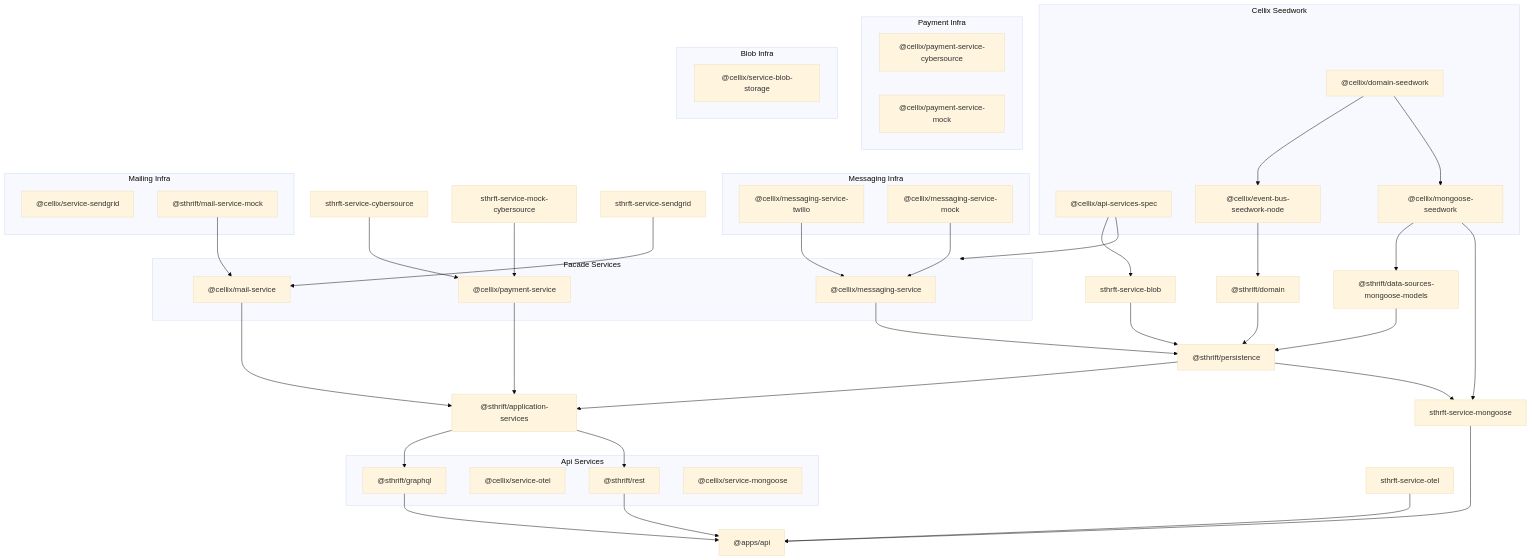
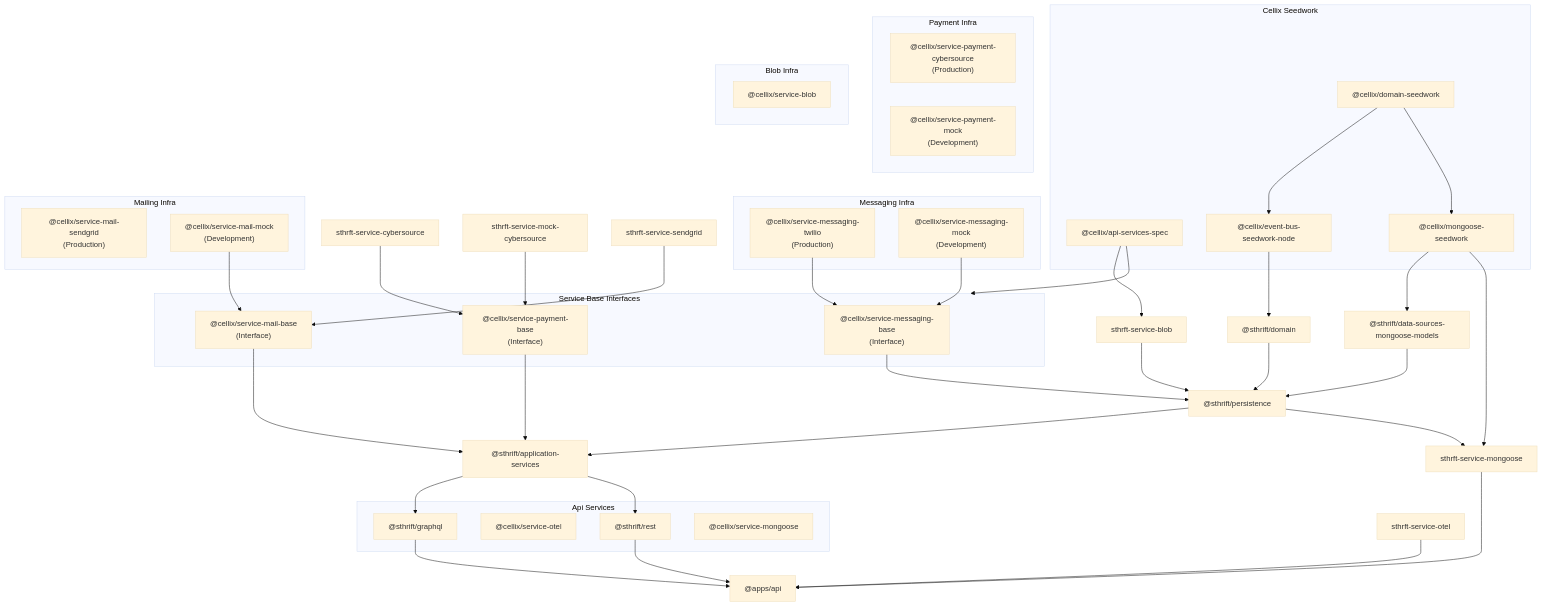
The diagram in documents/architecture-diagram.md (simnova/sharethrift), drawn with Mermaid (base theme) before and after one commit. The commit also changed 150 other files, not shown here.

```diff
--- a/documents/architecture-diagram.md
+++ b/documents/architecture-diagram.md
@@ -11,30 +11,30 @@
   %% Infrastructure Services (split for clarity, spaced for linearity)
 
   subgraph Payment Infra
-    cellix-service-cybersource["@cellix/payment-service-cybersource"]
-    cellix-service-mock-cybersource["@cellix/payment-service-mock"]
+    cellix-service-cybersource["@cellix/service-payment-cybersource<br/>(Production)"]
+    cellix-service-mock-cybersource["@cellix/service-payment-mock<br/>(Development)"]
   end
 
   %% vertical space
 
   subgraph Messaging Infra
-    sthrft-service-twilio["@cellix/messaging-service-twilio"]
-    sthrft-mock-service-twilio["@cellix/messaging-service-mock"]
+    sthrft-service-twilio["@cellix/service-messaging-twilio<br/>(Production)"]
+    sthrft-mock-service-twilio["@cellix/service-messaging-mock<br/>(Development)"]
   end
 
   %% vertical space
 
   subgraph Mailing Infra
-    cellix-service-sendgrid["@cellix/service-sendgrid"]
-    sthrft-mock-service-sendgrid["@sthrift/mail-service-mock"]
+    cellix-service-sendgrid["@cellix/service-mail-sendgrid<br/>(Production)"]
+    sthrft-mock-service-sendgrid["@cellix/service-mail-mock<br/>(Development)"]
   end
 
   %% extra vertical space
 
-  subgraph FacadeServices["Facade Services"]
-    cellix-payment["@cellix/payment-service"]
-    cellix-messaging["@cellix/messaging-service"]
-    cellix-mailing["@cellix/mail-service"]
+  subgraph FacadeServices["Service Base Interfaces"]
+    cellix-payment["@cellix/service-payment-base<br/>(Interface)"]
+    cellix-messaging["@cellix/service-messaging-base<br/>(Interface)"]
+    cellix-mailing["@cellix/service-mail-base<br/>(Interface)"]
   end
 
   %% Domain Layer
@@ -42,7 +42,7 @@
 
   %% Blob Infra above Persistence
   subgraph Blob Infra
-    cellix-service-blob["@cellix/service-blob-storage"]
+    cellix-service-blob["@cellix/service-blob"]
   end
 
   %% extra vertical space
```
